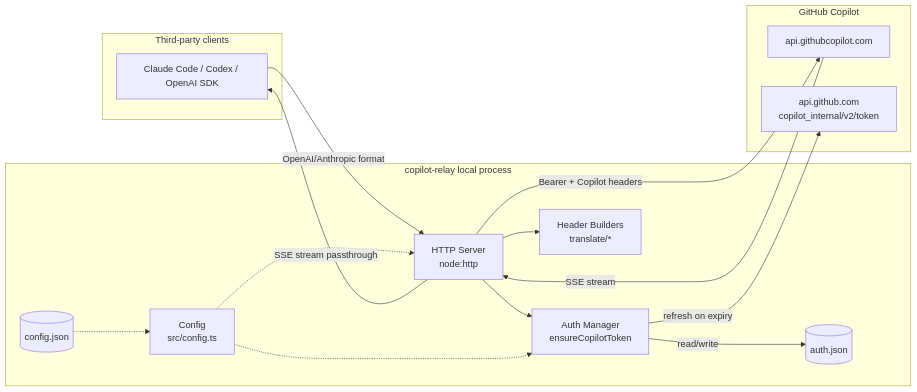
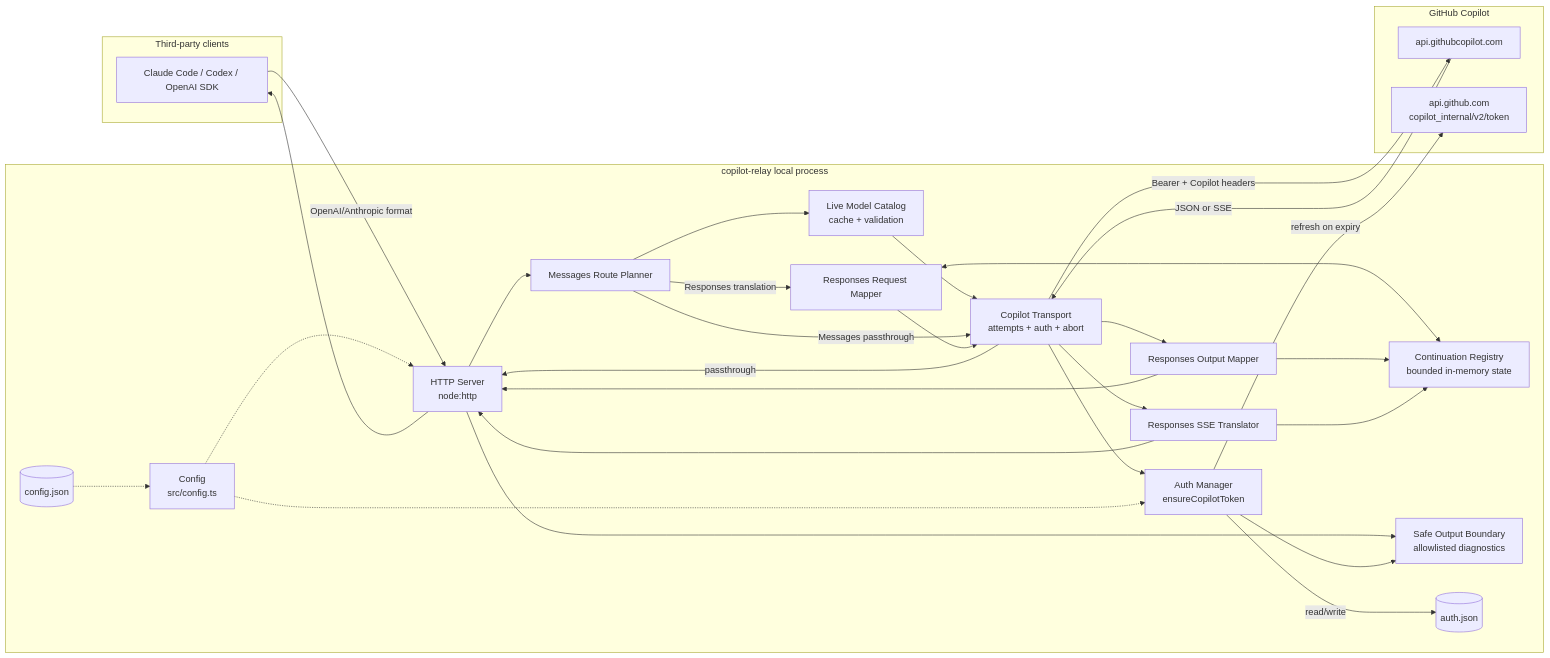
The first of 5 diagrams in docs/design.md (luciferwww/copilot-relay), drawn with Mermaid before and after one commit. The commit also changed other lines of this file and 2 other files, not shown here.

Commit message:
docs: define v0.2 translation architecture

````diff
--- a/docs/design.md
+++ b/docs/design.md
@@ -10,32 +10,54 @@
 ```mermaid
 flowchart LR
     subgraph Client[Third-party clients]
         A[Claude Code / Codex / OpenAI SDK]
     end
 
     subgraph Proxy[copilot-relay local process]
         B[HTTP Server<br/>node:http]
         C[Auth Manager<br/>ensureCopilotToken]
-        D[Header Builders<br/>translate/*]
+        D[Copilot Transport<br/>attempts + auth + abort]
+        I[Live Model Catalog<br/>cache + validation]
+        J[Messages Route Planner]
+        L[Responses Request Mapper]
+        M[Responses Output Mapper]
+        N[Responses SSE Translator]
+        O[Continuation Registry<br/>bounded in-memory state]
+        P[Safe Output Boundary<br/>allowlisted diagnostics]
         K[Config<br/>src/config.ts]
         E[(auth.json)]
         F[(config.json)]
     end
 
     subgraph GitHub[GitHub Copilot]
         G[api.githubcopilot.com]
         H[api.github.com<br/>copilot_internal/v2/token]
     end
 
     A -->|OpenAI/Anthropic format| B
-    B --> C
+    B --> J
+    J --> I
+    I --> D
+    J -->|Messages passthrough| D
+    J -->|Responses translation| L
+    L <--> O
+    L --> D
+    D --> C
     C -- read/write --> E
     C -- refresh on expiry --> H
-    B --> D
-    B -->|Bearer + Copilot headers| G
-    G -->|SSE stream| B
-    B -->|SSE stream passthrough| A
+    D -->|Bearer + Copilot headers| G
+    G -->|JSON or SSE| D
+    D -->|passthrough| B
+    D --> M
+    D --> N
+    M --> O
+    N --> O
+    M --> B
+    N --> B
+    B --> P
+    C --> P
+    B --> A
     F -.-> K
     K -.-> B
     K -.-> C
 ```
````
